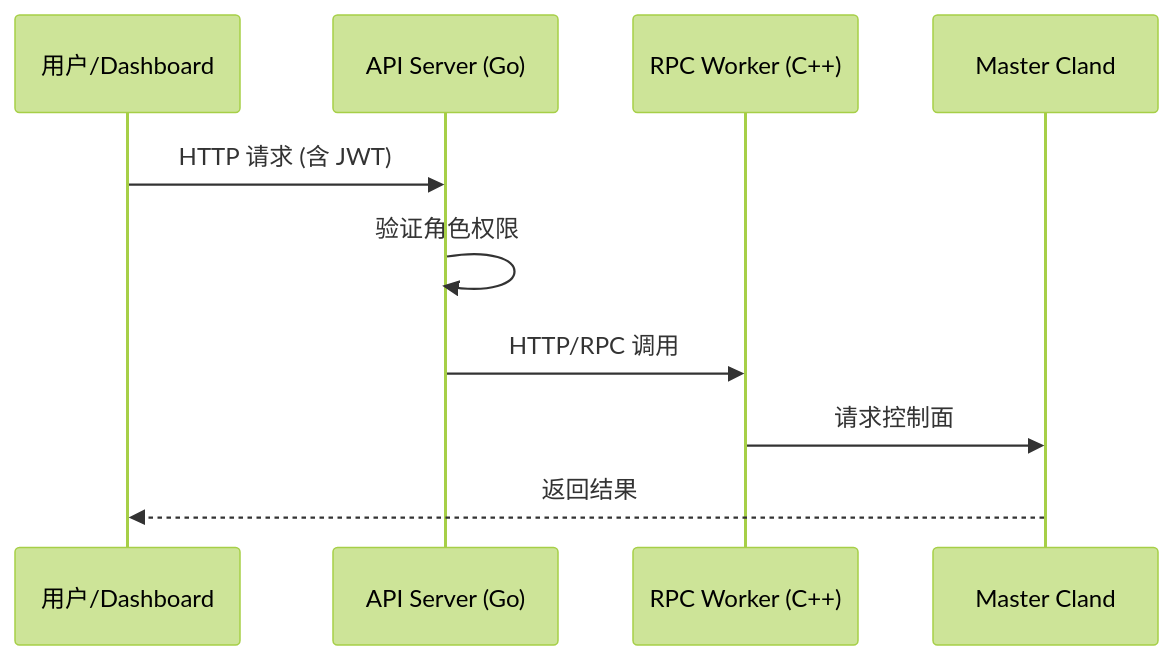
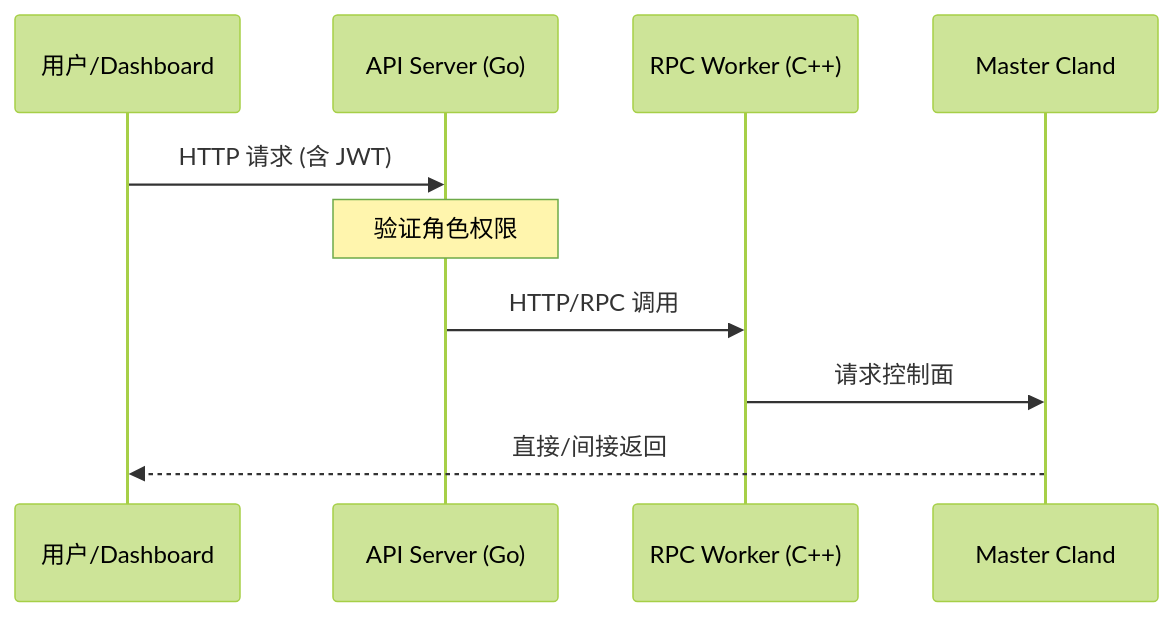
One commit to threen134/cloudland changed the diagram in docs/architecture/api-layer.md. Above: the diagram before and after it, drawn with Mermaid (forest theme). The commit also changed 30 other files, not shown here.

Commit message:
docs: remove legacy D2 dependency and unify diagrams with Mermaid, update API references

````diff
--- a/docs/architecture/api-layer.md
+++ b/docs/architecture/api-layer.md
@@ -16,13 +16,13 @@
 ```mermaid
 sequenceDiagram
     participant User as 用户/Dashboard
     participant API as API Server (Go)
     participant Worker as RPC Worker (C++)
     participant Cland as Master Cland
 
     User->>API: HTTP 请求 (含 JWT)
-    API->>API: 验证角色权限
+    Note over API: 验证角色权限
     API->>Worker: HTTP/RPC 调用
     Worker->>Cland: 请求控制面
-    Cland-->>User: 返回结果
+    Cland-->>User: 直接/间接返回
 ```
````
